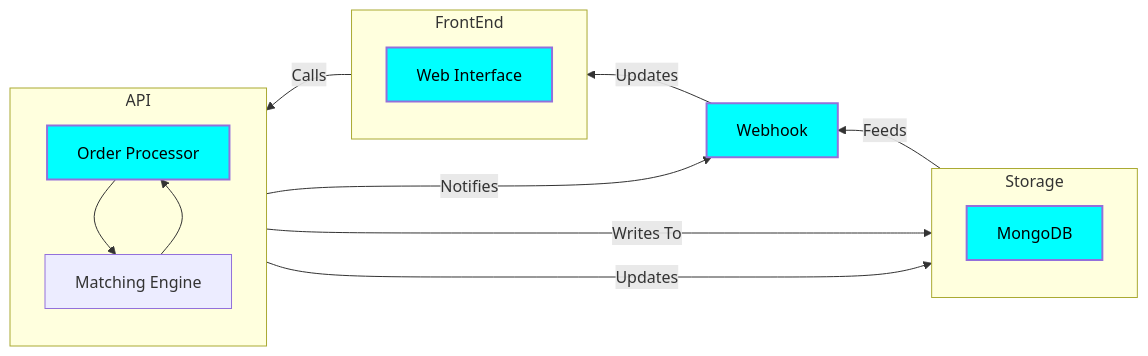
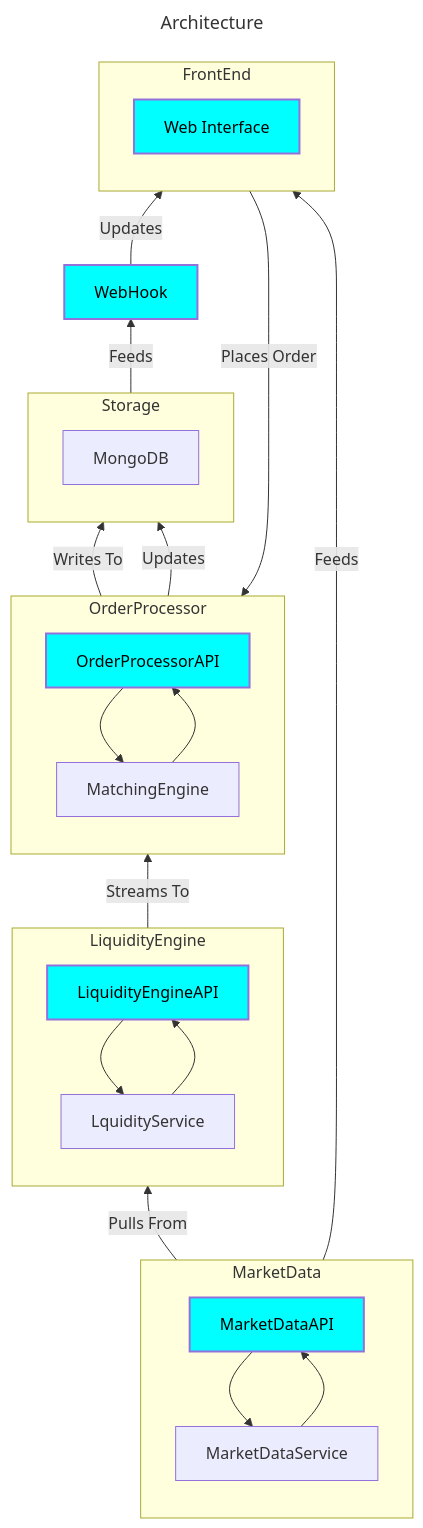
Before and after one commit to PerkinsDan/trading-platform: the diagram in Documentation/ArchitectureDiagramDocs.md, drawn with Mermaid.

Commit message:
Update architecture diagram to include marketdata and liquidityengine

````diff
--- a/Documentation/ArchitectureDiagramDocs.md
+++ b/Documentation/ArchitectureDiagramDocs.md
@@ -1,27 +1,50 @@
 ```mermaid
-graph RL;
+---
+title: Architecture
+---
+graph BT;
     subgraph FrontEnd
         A[Web Interface]
     end
 
-    subgraph API
-        B --> C[Matching Engine]
-        C --> B[Order Processor]
+    subgraph OrderProcessor
+        B[OrderProcessorAPI]
+        C[MatchingEngine]
+        B --> C
+        C --> B
     end
 
     subgraph Storage
-        D[MongoDB]
+        E[MongoDB]
+    end
+
+    subgraph MarketData
+        F[MarketDataAPI]
+        G[MarketDataService]
+        F --> G
+        G --> F
+    end
+
+    subgraph LiquidityEngine
+        K[LiquidityEngineAPI]
+        L[LquidityService]
+        K --> L
+        L --> K
     end
     
     
-    FrontEnd-->|Calls| API
-    Storage --> |Feeds| E
-    E --> |Updates| FrontEnd
-    
-    API--> |Writes To| Storage
-    API--> |Updates| Storage
-    API --> |Notifies| E[Webhook]
+
+    FrontEnd --> |Places Order| OrderProcessor
+    OrderProcessor --> |Writes To| Storage
+    OrderProcessor --> |Updates| Storage
+    Storage --> |Feeds| WebHook
+    WebHook --> |Updates| FrontEnd
+
+    MarketData -->|Pulls From| LiquidityEngine
+    MarketData --> |Feeds| FrontEnd
+
+    LiquidityEngine --> |Streams To| OrderProcessor
 
     classDef cloud fill:#00FFFF,stroke:#00000,stroke-width:2px,color:#000000;
-    class A,B,D,E cloud;
+    class A,B,F,K,WebHook cloud;
 ```
````
